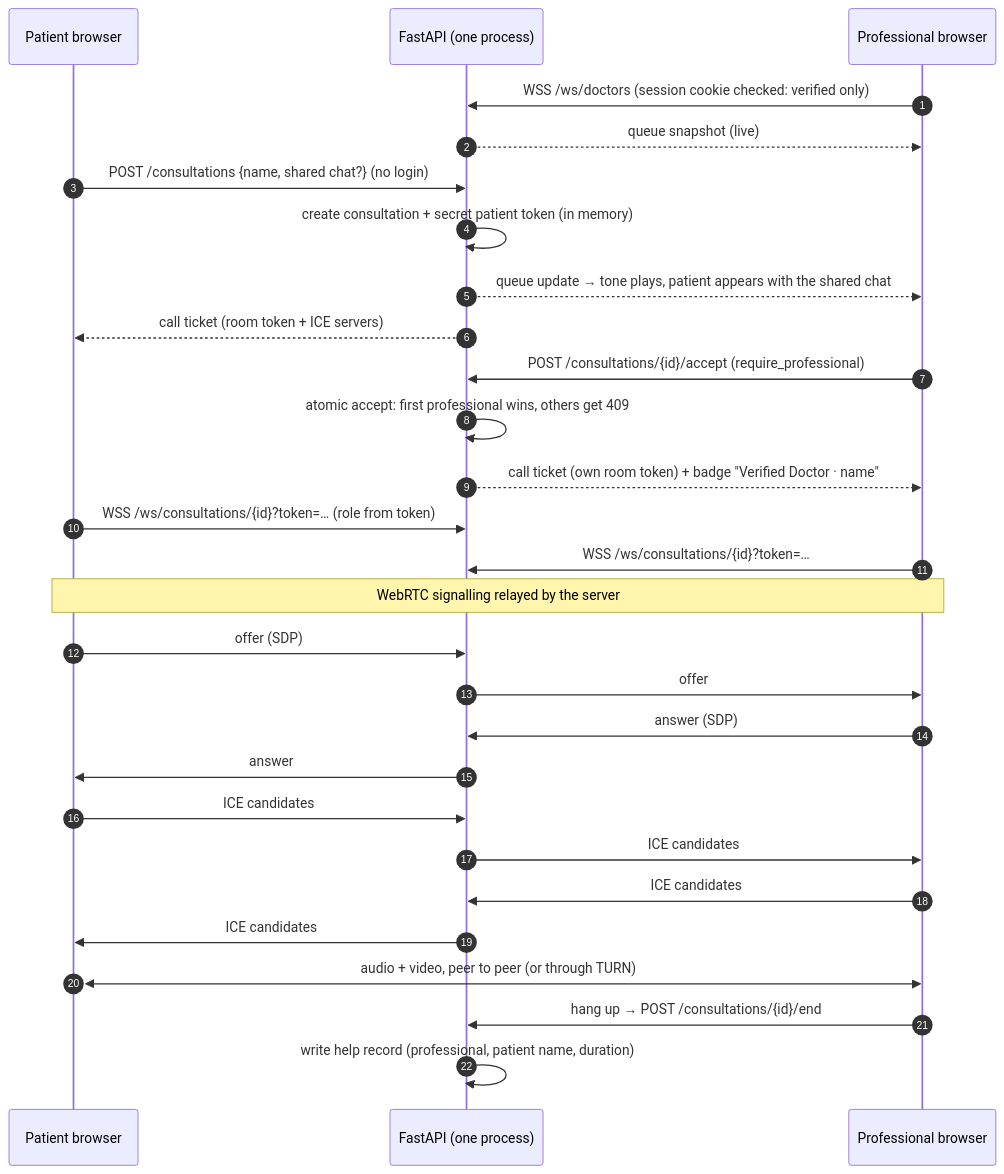
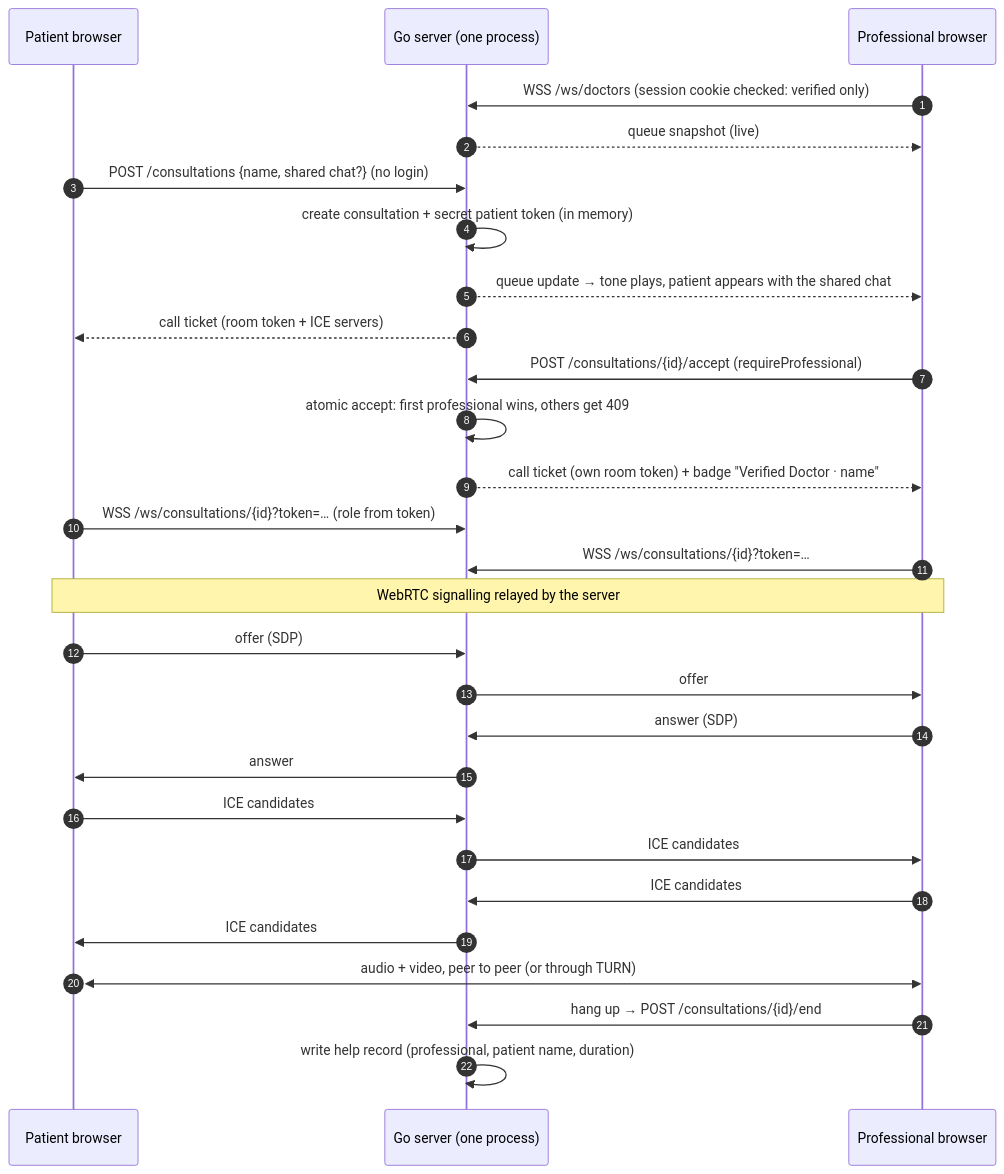
Before and after one commit to POOKIEE-DEVS/SwasthyaSetu: the third of 5 diagrams in docs/architecture.md, drawn with Mermaid. The commit also changed other lines of this file and 4 other files, not shown here.

````diff
--- a/docs/architecture.md
+++ b/docs/architecture.md
@@ -187,31 +187,31 @@
 ```mermaid
 sequenceDiagram
     autonumber
     participant P as Patient browser
-    participant S as FastAPI (one process)
+    participant S as Go server (one process)
     participant D as Professional browser
 
     D->>S: WSS /ws/doctors (session cookie checked: verified only)
     S-->>D: queue snapshot (live)
     P->>S: POST /consultations {name, shared chat?} (no login)
     S->>S: create consultation + secret patient token (in memory)
     S-->>D: queue update → tone plays, patient appears with the shared chat
     S-->>P: call ticket (room token + ICE servers)
-    D->>S: POST /consultations/{id}/accept (require_professional)
+    D->>S: POST /consultations/{id}/accept (requireProfessional)
     S->>S: atomic accept: first professional wins, others get 409
     S-->>D: call ticket (own room token) + badge "Verified Doctor · name"
     P->>S: WSS /ws/consultations/{id}?token=… (role from token)
     D->>S: WSS /ws/consultations/{id}?token=…
     Note over P,D: WebRTC signalling relayed by the server
     P->>S: offer (SDP)
     S->>D: offer
     D->>S: answer (SDP)
     S->>P: answer
     P->>S: ICE candidates
     S->>D: ICE candidates
     D->>S: ICE candidates
     S->>P: ICE candidates
     P<<->>D: audio + video, peer to peer (or through TURN)
     D->>S: hang up → POST /consultations/{id}/end
     S->>S: write help record (professional, patient name, duration)
 ```
````
